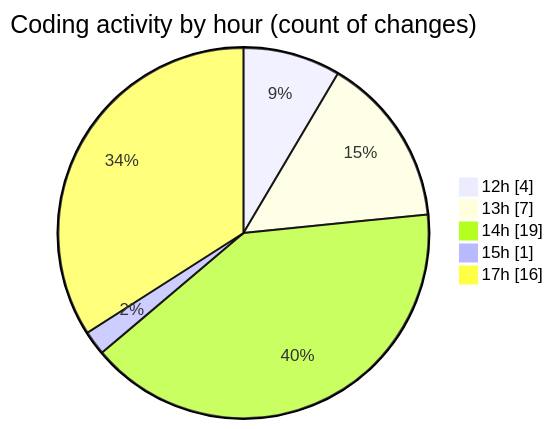
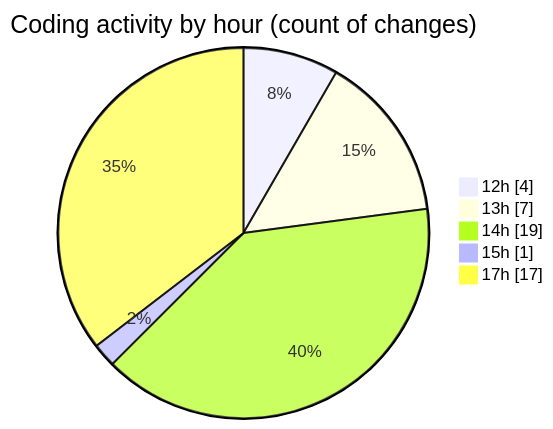
One commit to MatusMokan/code-tracking changed the second of 2 diagrams in 2025-10-25/untitled__workspace_/README.md. Above: the diagram before and after it, drawn with Mermaid. The commit also changed other lines of this file and 1 other file, not shown here.

````diff
--- a/2025-10-25/untitled__workspace_/README.md
+++ b/2025-10-25/untitled__workspace_/README.md
@@ -30,9 +30,9 @@
 ```mermaid
 pie showData
 title Coding activity by hour (count of changes)
 "12h" : 4
 "13h" : 7
 "14h" : 19
 "15h" : 1
-"17h" : 16
+"17h" : 17
 ```
````
